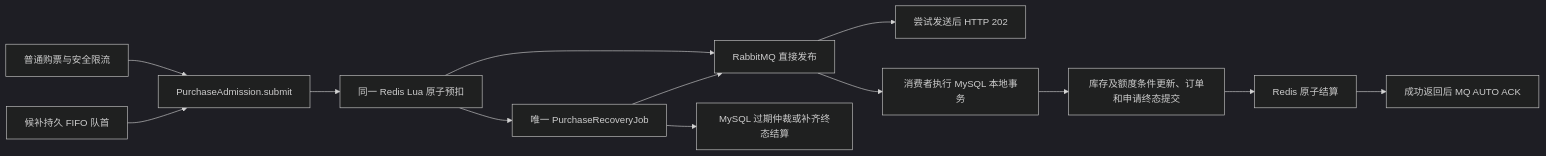
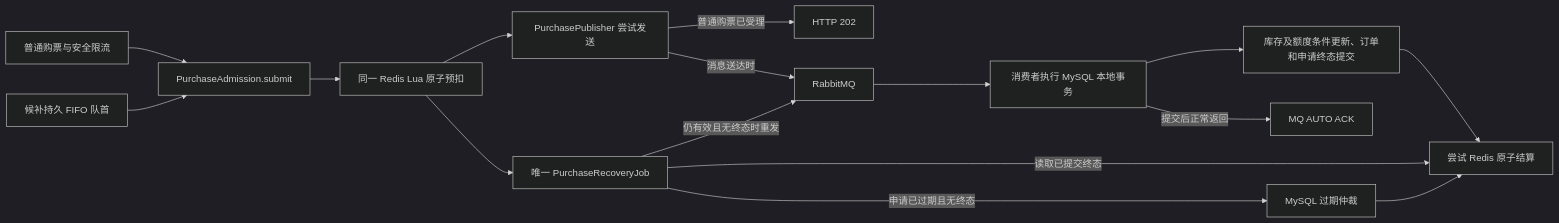
One commit to WGMJJM/ticketing changed the diagram in docs/01-architecture.md. Above: the diagram before and after it, drawn with Mermaid (dark theme). The commit also changed other lines of this file and 4 other files, not shown here.

````diff
--- a/docs/01-architecture.md
+++ b/docs/01-architecture.md
@@ -13,15 +13,18 @@
 ```mermaid
 flowchart LR
     H[普通购票与安全限流] --> P[PurchaseAdmission.submit]
     W[候补持久 FIFO 队首] --> P
     P --> R[同一 Redis Lua 原子预扣]
-    R --> Q[RabbitMQ 直接发布]
-    Q --> A[尝试发送后 HTTP 202]
+    R --> F[PurchasePublisher 尝试发送]
+    F -->|普通购票已受理| A[HTTP 202]
+    F -->|消息送达时| Q[RabbitMQ]
     Q --> C[消费者执行 MySQL 本地事务]
     C --> O[库存及额度条件更新、订单和申请终态提交]
-    O --> S[Redis 原子结算]
-    S --> K[成功返回后 MQ AUTO ACK]
+    O --> S[尝试 Redis 原子结算]
+    C -->|提交后正常返回| K[MQ AUTO ACK]
     R --> J[唯一 PurchaseRecoveryJob]
-    J --> Q
-    J --> E[MySQL 过期仲裁或补齐终态结算]
+    J -->|仍有效且无终态时重发| Q
+    J -->|申请已过期且无终态| E[MySQL 过期仲裁]
+    J -->|读取已提交终态| S
+    E --> S
 ```
````
